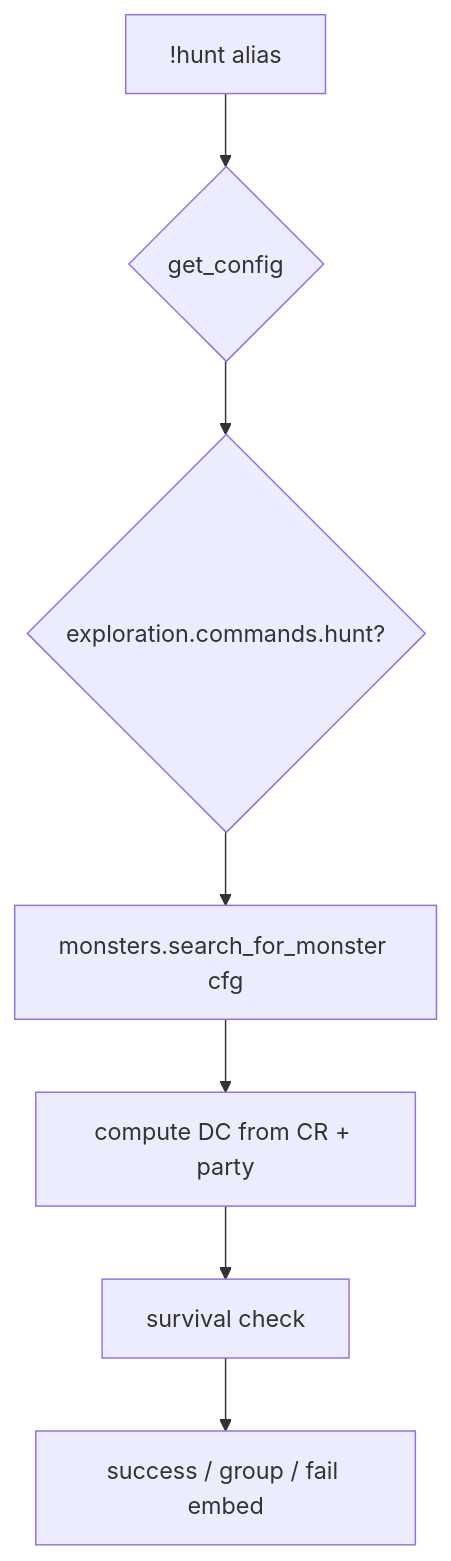
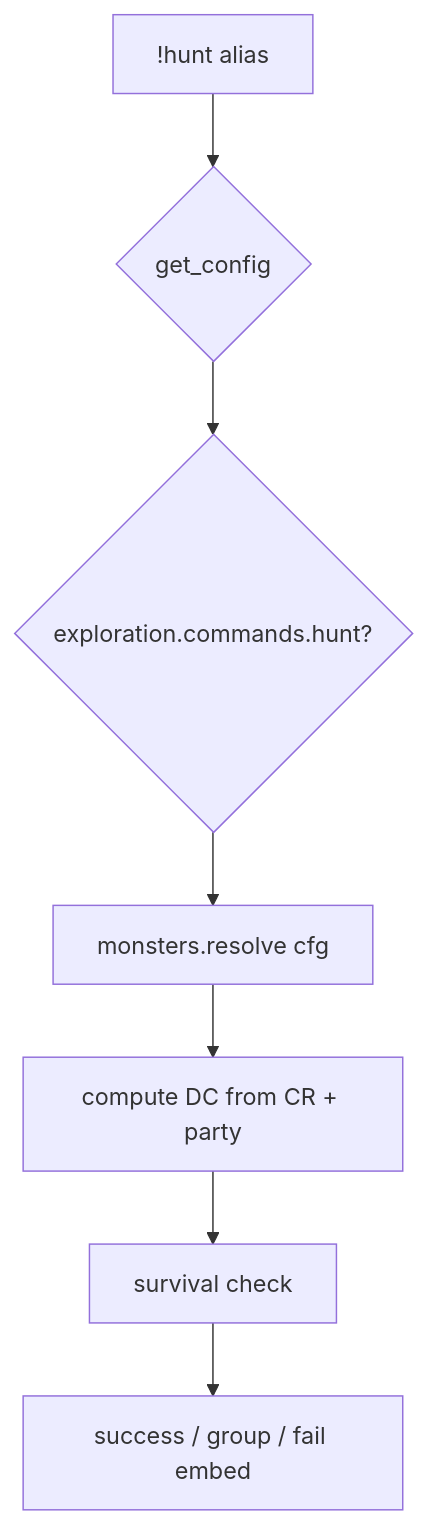
One commit to Sykander/westmarch-generic changed the diagram in docs/internal/projects/westmarch-statement/aliases/exploration/hunt.md. Above: the diagram before and after it, drawn with Mermaid. The commit also changed other lines of this file and 87 other files, not shown here.

Commit message:
renamed monsters and improved monster lookup

````diff
--- a/docs/internal/projects/westmarch-statement/aliases/exploration/hunt.md
+++ b/docs/internal/projects/westmarch-statement/aliases/exploration/hunt.md
@@ -31,9 +31,9 @@
 ```mermaid
 flowchart TD
   A[!hunt alias] --> B{get_config}
   B --> C{exploration.commands.hunt?}
-  C --> D[monsters.search_for_monster cfg]
+  C --> D[monsters.resolve cfg]
   D --> E[compute DC from CR + party]
   E --> F[survival check]
   F --> G[success / group / fail embed]
 ```
````
